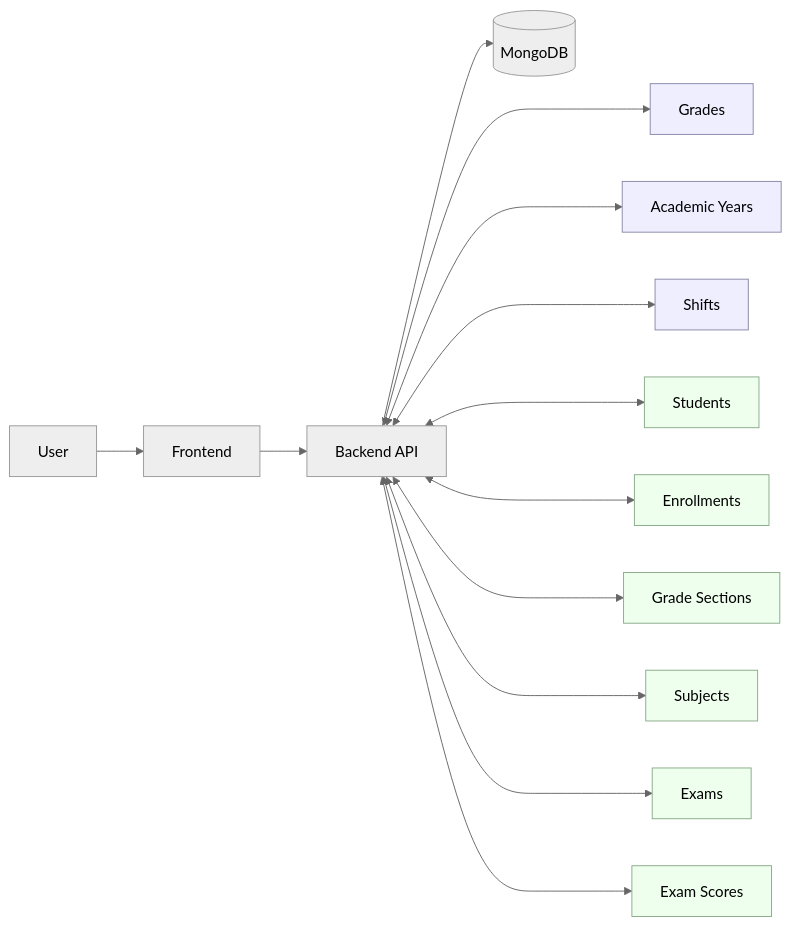
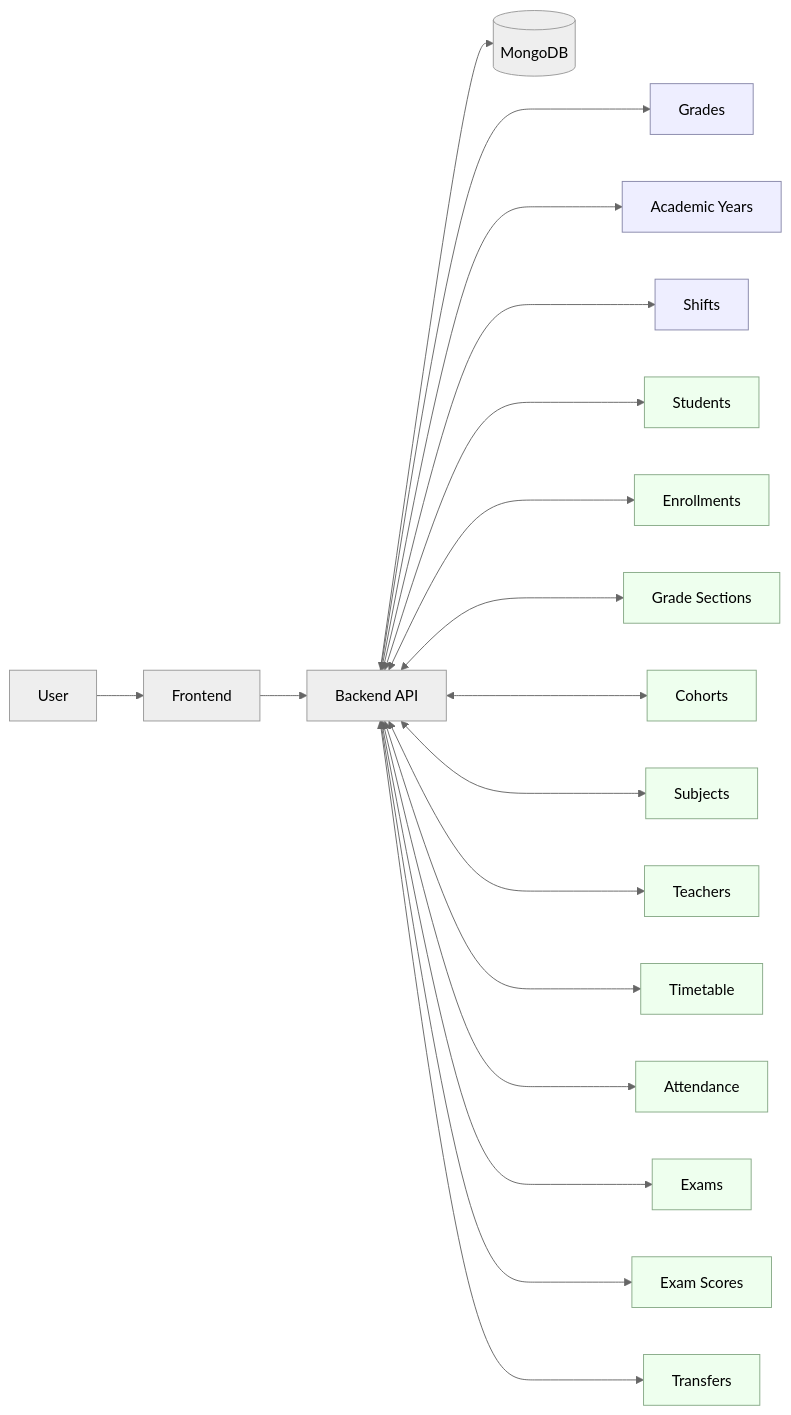
Before and after one commit to khays62/nuuru-al-bayaan: the first of 6 diagrams in docs/DIAGRAMS.md, drawn with Mermaid (neutral theme). The commit also changed other lines of this file and 2 other files, not shown here.

Commit message:
docs: update diagrams/data models/architecture

````diff
--- a/docs/DIAGRAMS.md
+++ b/docs/DIAGRAMS.md
@@ -6,36 +6,46 @@
 ```mermaid
 flowchart LR
   U[User]
   FE[Frontend]
   BE[Backend API]
   DB[(MongoDB)]
 
   U --> FE
   FE --> BE
   BE --> DB
 
   %% Lookups
   G[Grades]:::lk
   AY[Academic Years]:::lk
   SH[Shifts]:::lk
   BE <---> G
   BE <---> AY
   BE <---> SH
 
   %% Entities
   ST[Students]:::en
   EN[Enrollments]:::en
   GS[Grade Sections]:::en
+  CO[Cohorts]:::en
   SB[Subjects]:::en
+  TC[Teachers]:::en
+  TT[Timetable]:::en
+  AT[Attendance]:::en
   EX[Exams]:::en
   SC[Exam Scores]:::en
+  TR[Transfers]:::en
   BE <---> ST
   BE <---> EN
   BE <---> GS
+  BE <---> CO
   BE <---> SB
+  BE <---> TC
+  BE <---> TT
+  BE <---> AT
   BE <---> EX
   BE <---> SC
+  BE <---> TR
 
   classDef lk fill:#eef,stroke:#88a;
   classDef en fill:#efe,stroke:#8a8;
 ```
````
